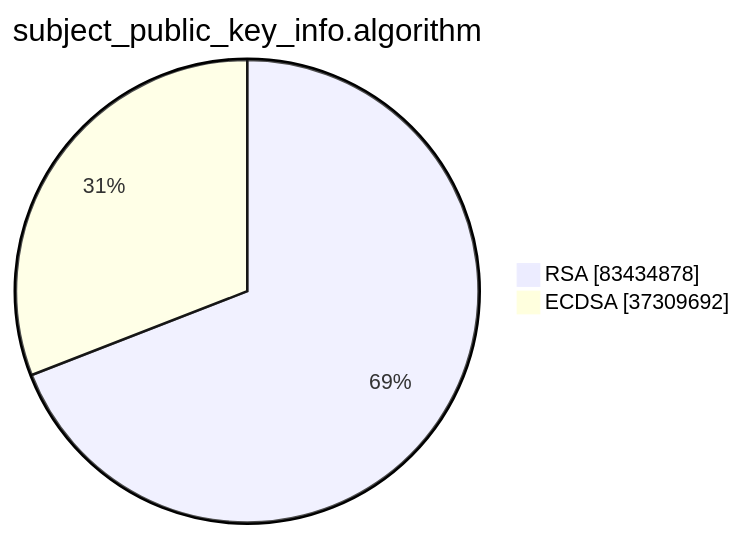
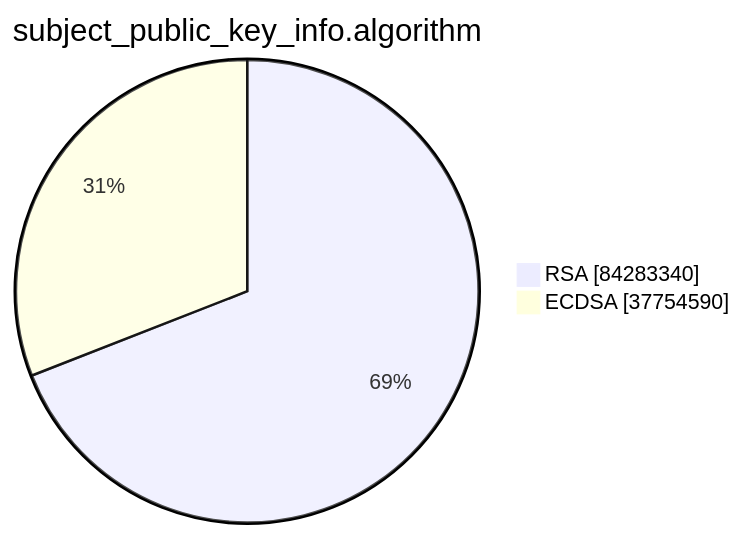
The second of 15 diagrams in xenon2023/README.md (christiankrug/ctmonitor_visualization), drawn with Mermaid before and after one commit. The commit also changed other lines of this file, not shown here.

````diff
--- a/xenon2023/README.md
+++ b/xenon2023/README.md
@@ -6,6 +6,6 @@
 ```mermaid
 pie showData
 title subject_public_key_info.algorithm
-"RSA" :83434878
-"ECDSA" :37309692
+"RSA" :84283340
+"ECDSA" :37754590
 ```
````
